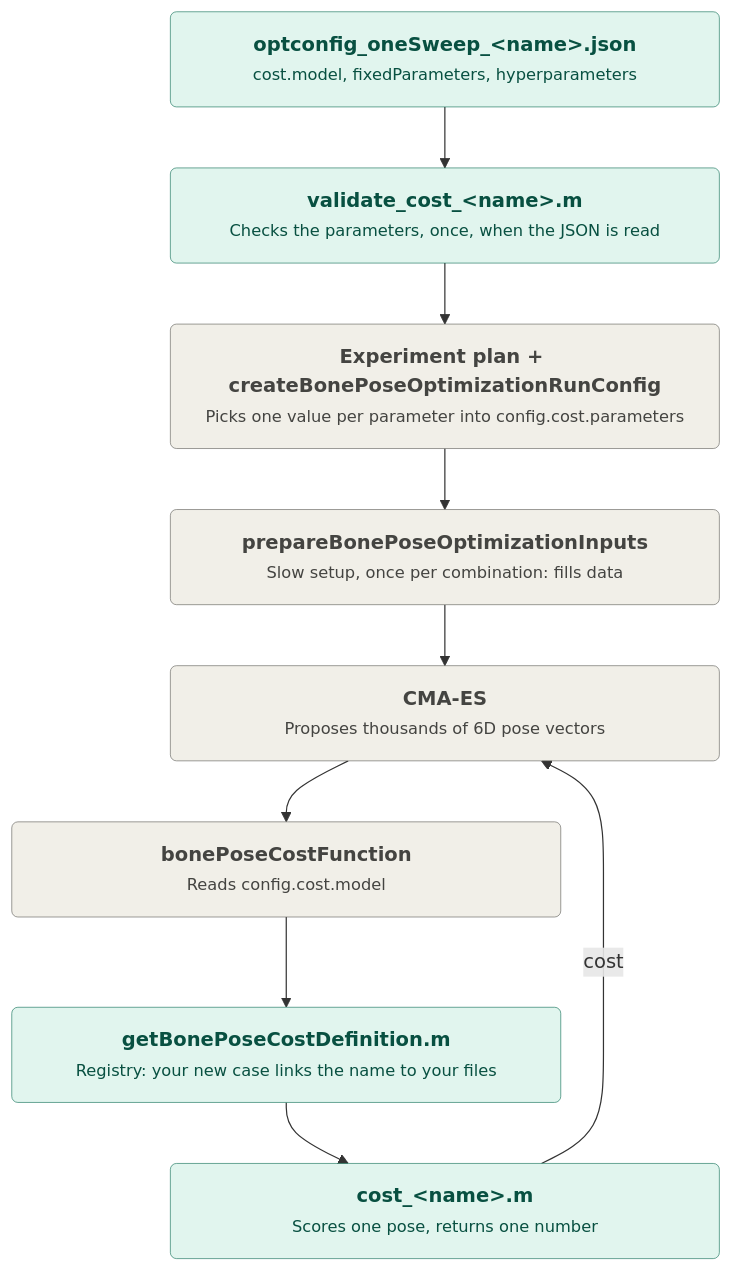
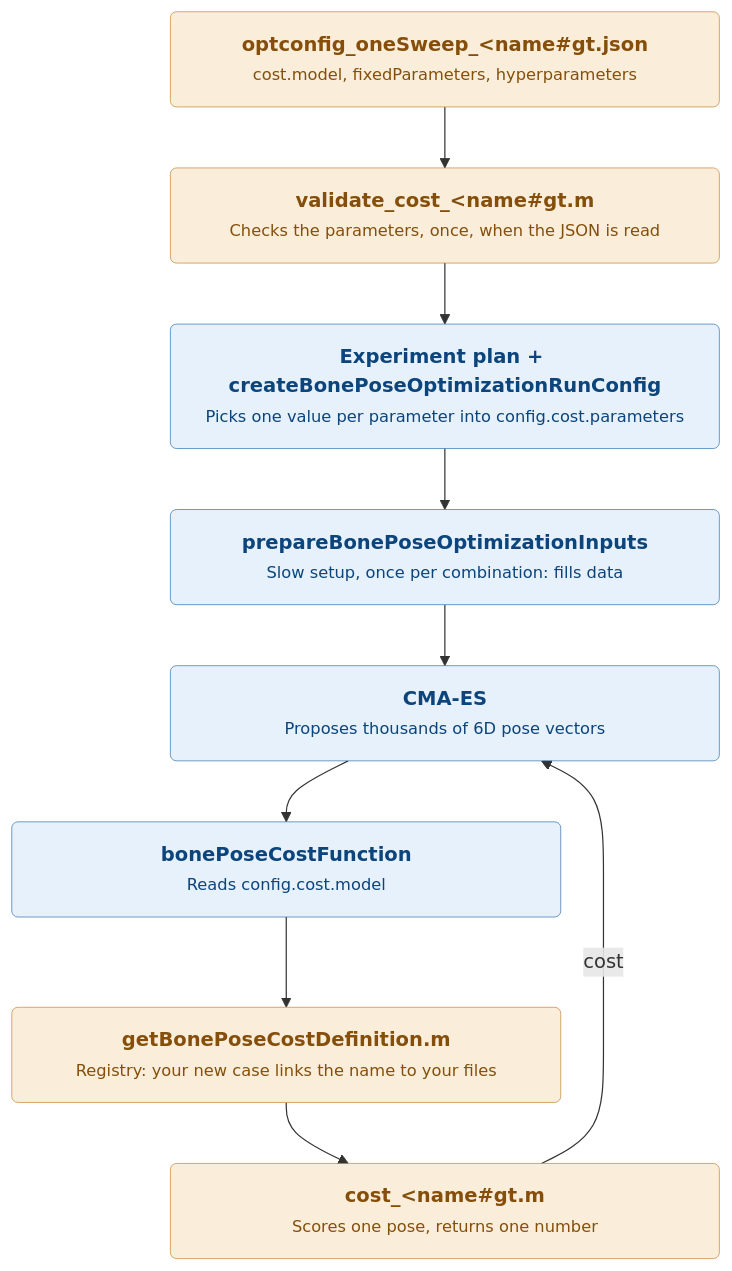
Before and after one commit to dacvm/UltrasoundBased2D3DBonePoseEstimation: the diagram in docs/adding-a-cost-function.md, drawn with Mermaid. The commit also changed other lines of this file, not shown here.

First line of the commit message:
Simplify the cost-function guide and recolour its diagram

````diff
--- a/docs/adding-a-cost-function.md
+++ b/docs/adding-a-cost-function.md
@@ -9,17 +9,17 @@
 ```mermaid
 flowchart TD
-    classDef book fill:#F1EFE8,stroke:#5F5E5A,color:#444441,stroke-width:0.5px
-    classDef ok   fill:#E1F5EE,stroke:#0F6E56,color:#085041,stroke-width:0.5px
+    classDef fixed  fill:#E6F1FB,stroke:#185FA5,color:#0C447C,stroke-width:0.5px
+    classDef change fill:#FAEEDA,stroke:#BA7517,color:#854F0B,stroke-width:0.5px
 
-    J("<span style='display:inline-block;width:420px'><b>optconfig_oneSweep_&lt;name&gt;.json</b><br/><small>cost.model, fixedParameters, hyperparameters</small></span>"):::ok
-    V("<span style='display:inline-block;width:420px'><b>validate_cost_&lt;name&gt;.m</b><br/><small>Checks the parameters, once, when the JSON is read</small></span>"):::ok
-    P("<span style='display:inline-block;width:420px'><b>Experiment plan + createBonePoseOptimizationRunConfig</b><br/><small>Picks one value per parameter into config.cost.parameters</small></span>"):::book
-    D("<span style='display:inline-block;width:420px'><b>prepareBonePoseOptimizationInputs</b><br/><small>Slow setup, once per combination: fills data</small></span>"):::book
-    C("<span style='display:inline-block;width:420px'><b>CMA-ES</b><br/><small>Proposes thousands of 6D pose vectors</small></span>"):::book
-    B("<span style='display:inline-block;width:420px'><b>bonePoseCostFunction</b><br/><small>Reads config.cost.model</small></span>"):::book
-    R("<span style='display:inline-block;width:420px'><b>getBonePoseCostDefinition.m</b><br/><small>Registry: your new case links the name to your files</small></span>"):::ok
-    E("<span style='display:inline-block;width:420px'><b>cost_&lt;name&gt;.m</b><br/><small>Scores one pose, returns one number</small></span>"):::ok
+    J("<span style='display:inline-block;width:420px'><b>optconfig_oneSweep_#lt;name#gt;.json</b><br/><small>cost.model, fixedParameters, hyperparameters</small></span>"):::change
+    V("<span style='display:inline-block;width:420px'><b>validate_cost_#lt;name#gt;.m</b><br/><small>Checks the parameters, once, when the JSON is read</small></span>"):::change
+    P("<span style='display:inline-block;width:420px'><b>Experiment plan + createBonePoseOptimizationRunConfig</b><br/><small>Picks one value per parameter into config.cost.parameters</small></span>"):::fixed
+    D("<span style='display:inline-block;width:420px'><b>prepareBonePoseOptimizationInputs</b><br/><small>Slow setup, once per combination: fills data</small></span>"):::fixed
+    C("<span style='display:inline-block;width:420px'><b>CMA-ES</b><br/><small>Proposes thousands of 6D pose vectors</small></span>"):::fixed
+    B("<span style='display:inline-block;width:420px'><b>bonePoseCostFunction</b><br/><small>Reads config.cost.model</small></span>"):::fixed
+    R("<span style='display:inline-block;width:420px'><b>getBonePoseCostDefinition.m</b><br/><small>Registry: your new case links the name to your files</small></span>"):::change
+    E("<span style='display:inline-block;width:420px'><b>cost_#lt;name#gt;.m</b><br/><small>Scores one pose, returns one number</small></span>"):::change
 
     J --> V --> P --> D --> C --> B --> R --> E
     E -- cost --> C
 ```
````
